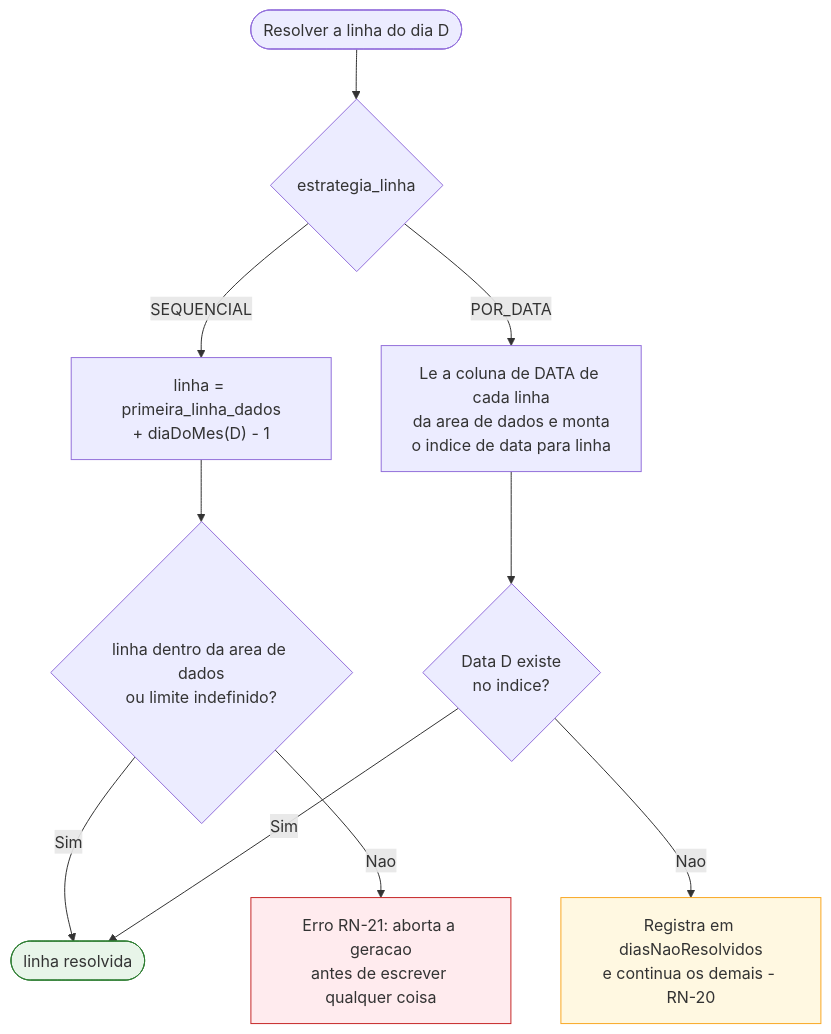
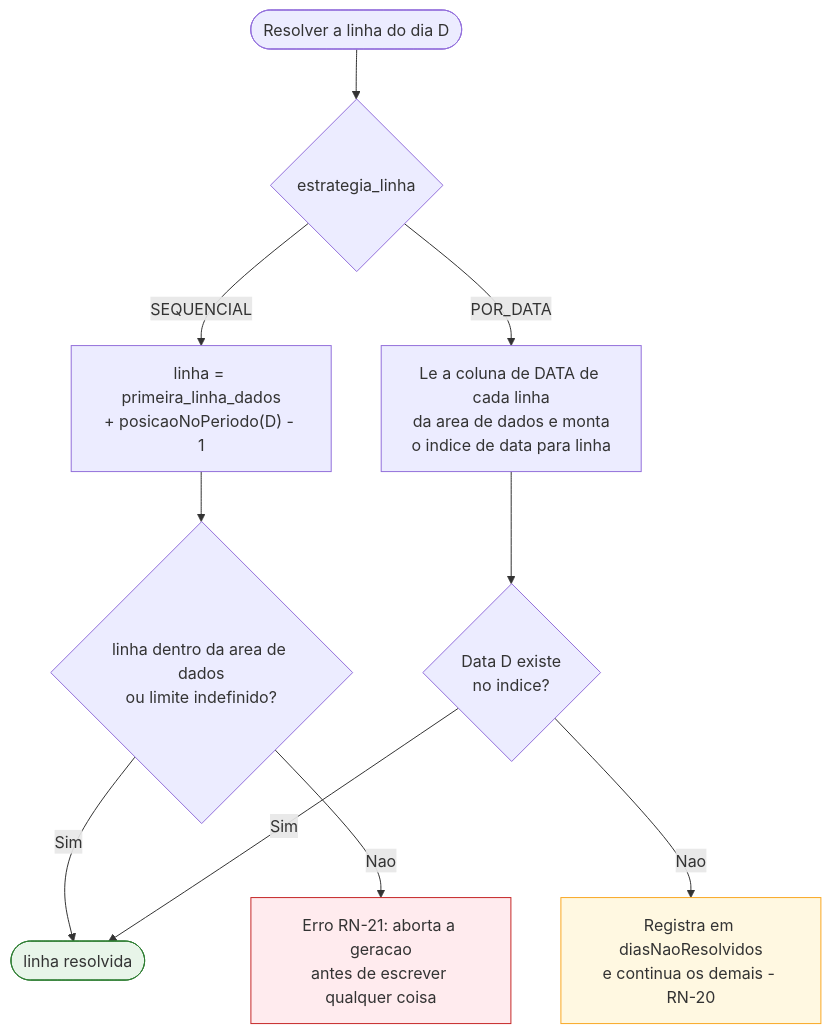
The diagram in docs/10-especificacao-planilha.md (eduardlf/ponto_pj), drawn with Mermaid before and after one commit. The commit also changed other lines of this file and 112 other files, not shown here.

````diff
--- a/docs/10-especificacao-planilha.md
+++ b/docs/10-especificacao-planilha.md
@@ -81,17 +83,17 @@
 ```mermaid
 flowchart TD
     INI(["Resolver a linha do dia D"]) --> EST{"estrategia_linha"}
-    EST -->|SEQUENCIAL| SEQ["linha = primeira_linha_dados<br/>+ diaDoMes(D) - 1"]
+    EST -->|SEQUENCIAL| SEQ["linha = primeira_linha_dados<br/>+ posicaoNoPeriodo(D) - 1"]
     SEQ --> LIM{"linha dentro da area de dados<br/>ou limite indefinido?"}
     LIM -->|Sim| OK(["linha resolvida"])
     LIM -->|Nao| ERR["Erro RN-21: aborta a geracao<br/>antes de escrever qualquer coisa"]
 
     EST -->|POR_DATA| IDX["Le a coluna de DATA de cada linha<br/>da area de dados e monta<br/>o indice de data para linha"]
     IDX --> BUSCA{"Data D existe<br/>no indice?"}
     BUSCA -->|Sim| OK
     BUSCA -->|Nao| PULA["Registra em diasNaoResolvidos<br/>e continua os demais - RN-20"]
 
     style ERR fill:#ffebee,stroke:#c62828
     style PULA fill:#fff8e1,stroke:#f9a825
     style OK fill:#e8f5e9,stroke:#2e7d32
 ```
````
